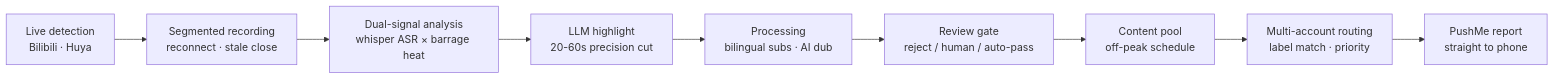
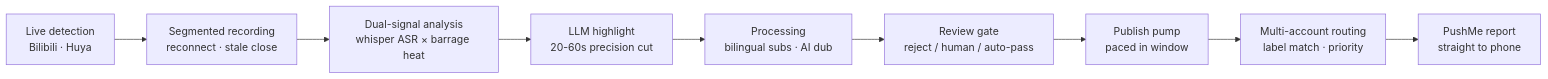
Before and after one commit to mumuopen/ClipStream: the diagram in README.en.md, drawn with Mermaid. The commit also changed other lines of this file and 15 other files, not shown here.

````diff
--- a/README.en.md
+++ b/README.en.md
@@ -52,11 +52,11 @@
 ```mermaid
 flowchart LR
     A["Live detection<br/>Bilibili · Huya"] --> B["Segmented recording<br/>reconnect · stale close"]
     B --> C["Dual-signal analysis<br/>whisper ASR × barrage heat"]
     C --> D["LLM highlight<br/>20-60s precision cut"]
     D --> E["Processing<br/>bilingual subs · AI dub"]
     E --> F["Review gate<br/>reject / human / auto-pass"]
-    F --> G["Content pool<br/>off-peak schedule"]
+    F --> G["Publish pump<br/>paced in window"]
     G --> H["Multi-account routing<br/>label match · priority"]
     H --> I["PushMe report<br/>straight to phone"]
 ```
````
